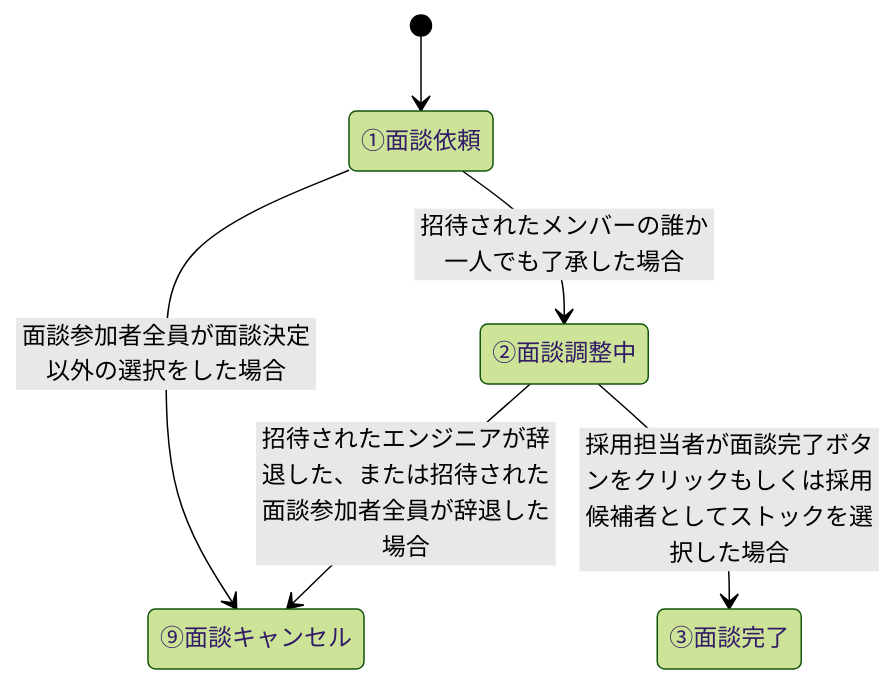
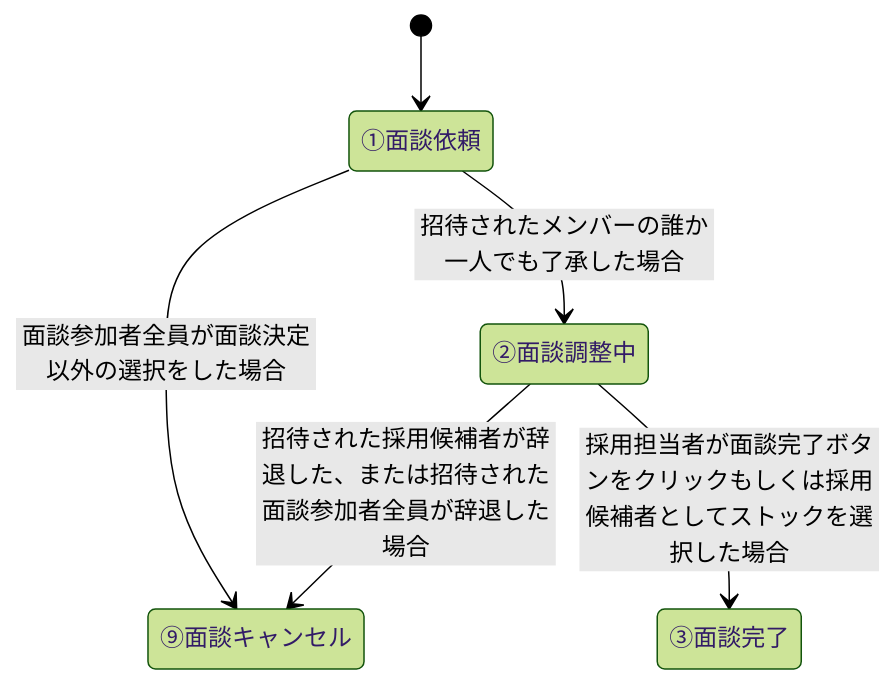
One commit to bright-org/bright changed the second of 6 diagrams in docs/conceptual_schemas/employment_and_interview.md. Above: the diagram before and after it, drawn with Mermaid (forest theme). The commit also changed other lines of this file, not shown here.

````diff
--- a/docs/conceptual_schemas/employment_and_interview.md
+++ b/docs/conceptual_schemas/employment_and_interview.md
@@ -34,8 +34,8 @@
 ```mermaid
 stateDiagram-v2
 [*] --> ①面談依頼
 ①面談依頼 --> ②面談調整中:招待されたメンバーの誰か一人でも了承した場合
 ①面談依頼 --> ⑨面談キャンセル:面談参加者全員が面談決定以外の選択をした場合
-②面談調整中 --> ⑨面談キャンセル:招待されたエンジニアが辞退した、または招待された面談参加者全員が辞退した場合
+②面談調整中 --> ⑨面談キャンセル:招待された採用候補者が辞退した、または招待された面談参加者全員が辞退した場合
 ②面談調整中 --> ③面談完了:採用担当者が面談完了ボタンをクリックもしくは採用候補者としてストックを選択した場合
 ```
````
